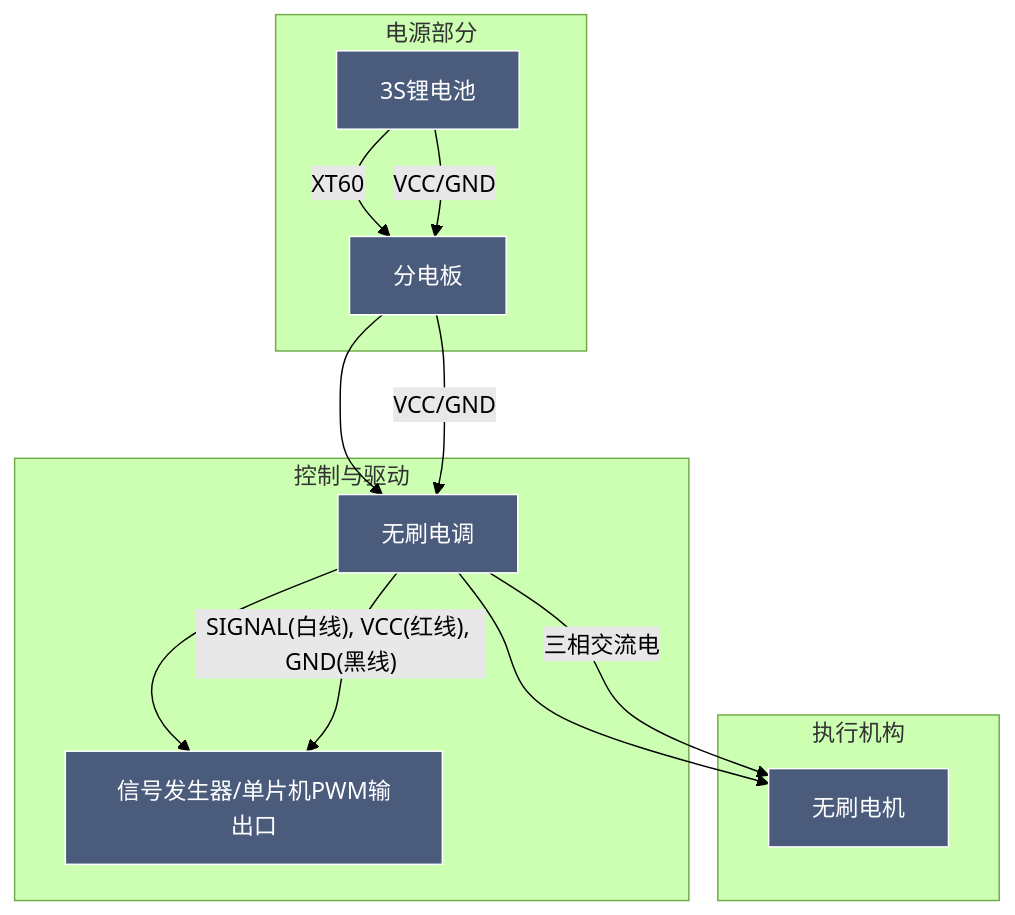
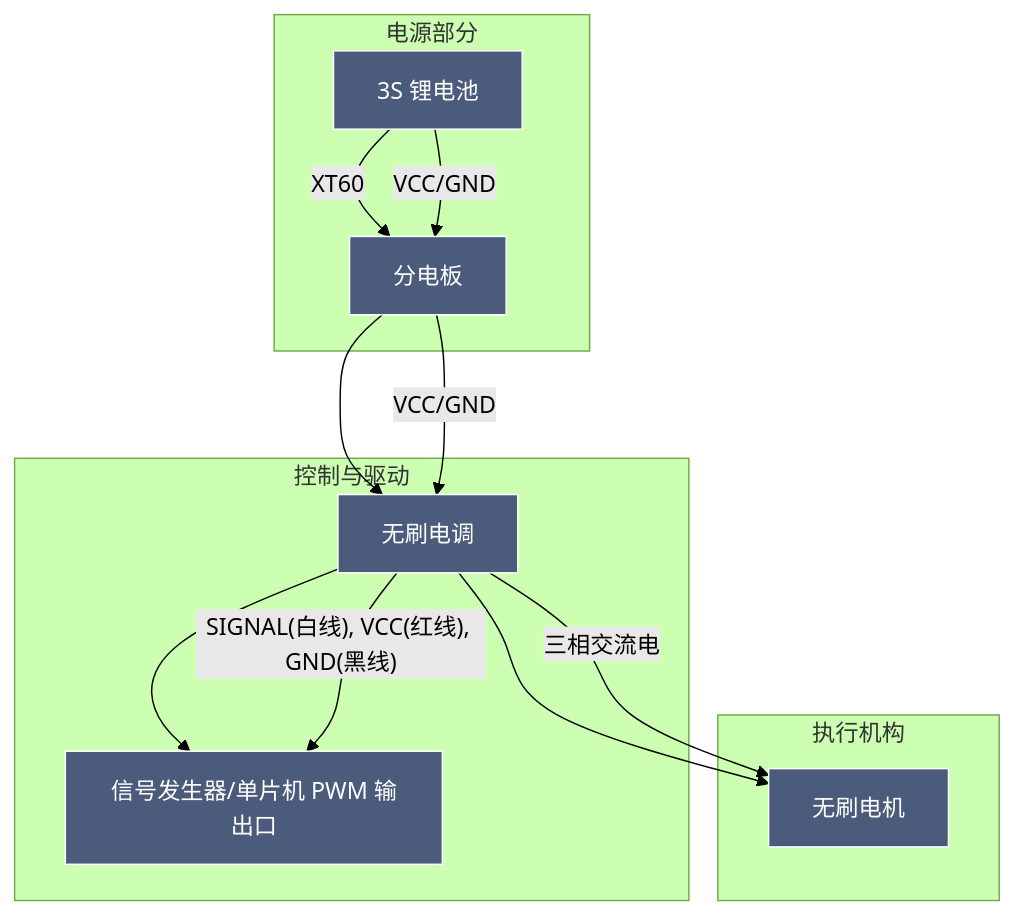
One commit to xiaomiao321/xiaomiao321.github.io changed the diagram in source/_posts/2026-02-15-Drone-Result.md. Above: the diagram before and after it, drawn with Mermaid (forest theme). The commit also changed other lines of this file and 7 other files, not shown here.

````diff
--- a/source/_posts/2026-02-15-Drone-Result.md
+++ b/source/_posts/2026-02-15-Drone-Result.md
@@ -14,34 +14,34 @@
 ```mermaid
 flowchart TD
-    A[3S锂电池] -->|XT60| B[分电板]
+    A[3S 锂电池] -->|XT60| B[分电板]
     B --> C[无刷电调]
     C --> D[无刷电机]
-    C --> E[信号发生器/单片机PWM输出口]
+    C --> E[信号发生器/单片机 PWM 输出口]
 
     subgraph 电源部分
         A
         B
     end
 
     subgraph 控制与驱动
         C
         E
     end
 
     subgraph 执行机构
         D
     end
 
     %% 标注引脚和连线说明
     A -- VCC/GND --> B
     B -- VCC/GND --> C
     C -- SIGNAL(白线), VCC(红线), GND(黑线) --> E
     C -- 三相交流电 --> D
 
     %% 可选：添加样式美化
     style A fill:#4a5b7c,stroke:#fff,color:white
     style B fill:#4a5b7c,stroke:#fff,color:white
     style C fill:#4a5b7c,stroke:#fff,color:white
     style D fill:#4a5b7c,stroke:#fff,color:white
     style E fill:#4a5b7c,stroke:#fff,color:white
 ```
````
